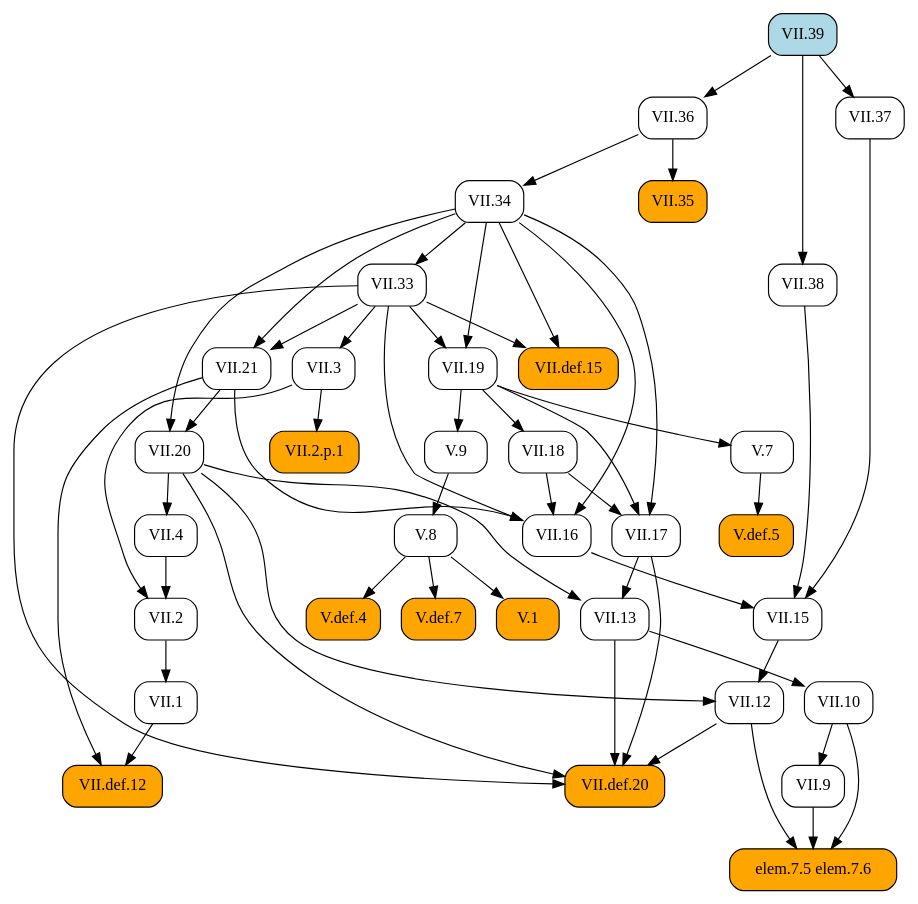
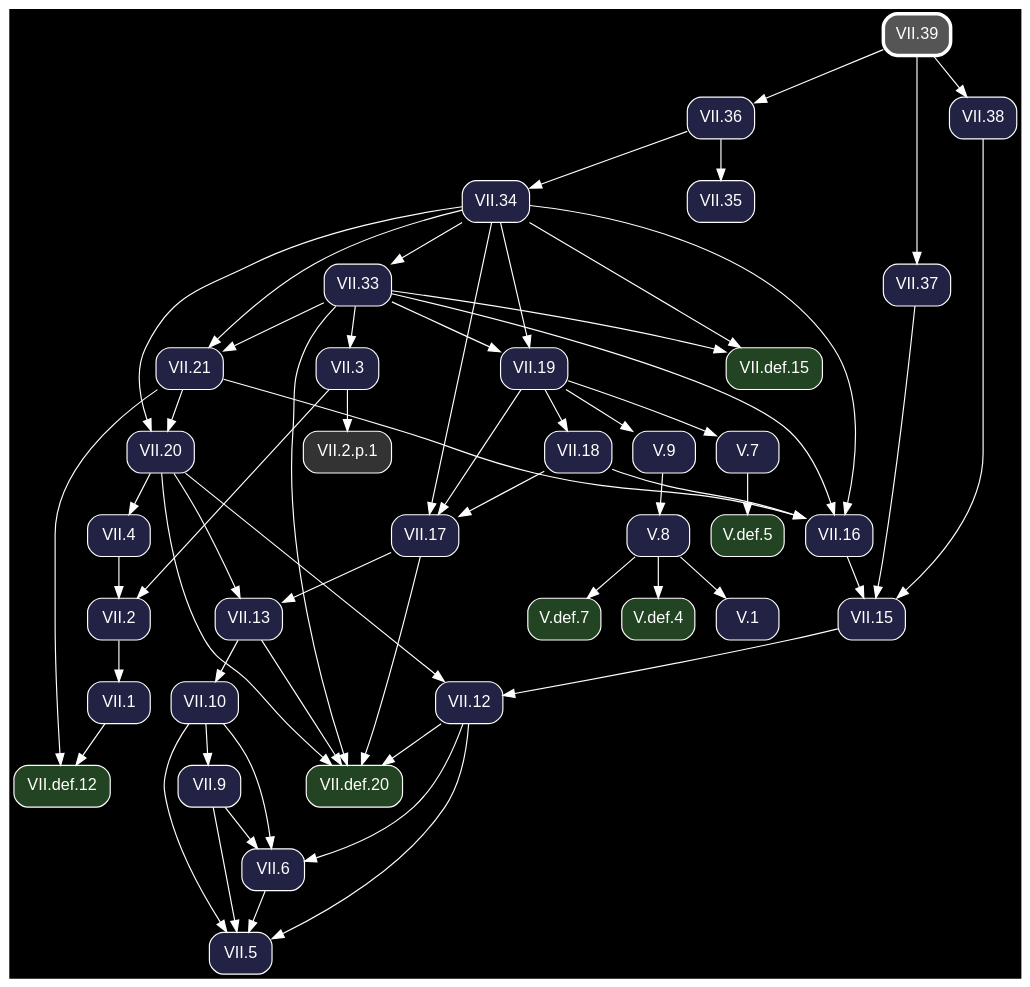
The diagram in docsrc/heath/VII/39/index.rst (geometor/elements), drawn with Graphviz before and after one commit. The commit also changed other lines of this file and 1200 other files, not shown here.

Commit message:
update dependency graphs

```diff
--- a/docsrc/heath/VII/39/index.rst
+++ b/docsrc/heath/VII/39/index.rst
@@ -44,69 +44,48 @@
 .. graphviz::
 
    digraph {
+     bgcolor="black";
+     node [shape=box, style="rounded,filled", fontname="Helvetica", color="white", fontcolor="white"];
+     edge [color="white", fontcolor="white"];
      rankdir="TB";
-     node [shape=box, style=rounded];
-     "VII.33" [URL="/heath/VII/33/", target="_top"];
-     "VII.12" [URL="/heath/VII/12/", target="_top"];
-     "elem.7.5 elem.7.6" [style="rounded,filled", fillcolor=orange];
-     "VII.9" [URL="/heath/VII/9/", target="_top"];
-     "VII.34" [URL="/heath/VII/34/", target="_top"];
-     "VII.18" [URL="/heath/VII/18/", target="_top"];
-     "VII.16" [URL="/heath/VII/16/", target="_top"];
-     "V.7" [URL="/heath/V/7/", target="_top"];
-     "VII.39" [style="rounded,filled", fillcolor=lightblue, URL="/heath/VII/39/", target="_top"];
-     "V.def.5" [style="rounded,filled", fillcolor=orange, URL="/heath/V/def.5/", target="_top"];
-     "V.9" [URL="/heath/V/9/", target="_top"];
-     "VII.10" [URL="/heath/VII/10/", target="_top"];
-     "VII.13" [URL="/heath/VII/13/", target="_top"];
-     "VII.def.15" [style="rounded,filled", fillcolor=orange, URL="/heath/VII/def.15/", target="_top"];
-     "VII.35" [style="rounded,filled", fillcolor=orange, URL="/heath/VII/35/", target="_top"];
-     "VII.17" [URL="/heath/VII/17/", target="_top"];
-     "VII.19" [URL="/heath/VII/19/", target="_top"];
-     "VII.2" [URL="/heath/VII/2/", target="_top"];
-     "VII.def.20" [style="rounded,filled", fillcolor=orange, URL="/heath/VII/def.20/", target="_top"];
-     "VII.2.p.1" [style="rounded,filled", fillcolor=orange];
-     "VII.15" [URL="/heath/VII/15/", target="_top"];
-     "V.def.4" [style="rounded,filled", fillcolor=orange, URL="/heath/V/def.4/", target="_top"];
-     "V.def.7" [style="rounded,filled", fillcolor=orange, URL="/heath/V/def.7/", target="_top"];
-     "VII.36" [URL="/heath/VII/36/", target="_top"];
-     "VII.21" [URL="/heath/VII/21/", target="_top"];
-     "VII.1" [URL="/heath/VII/1/", target="_top"];
-     "V.8" [URL="/heath/V/8/", target="_top"];
-     "VII.38" [URL="/heath/VII/38/", target="_top"];
-     "VII.4" [URL="/heath/VII/4/", target="_top"];
-     "VII.def.12" [style="rounded,filled", fillcolor=orange, URL="/heath/VII/def.12/", target="_top"];
-     "V.1" [style="rounded,filled", fillcolor=orange, URL="/heath/V/1/", target="_top"];
-     "VII.37" [URL="/heath/VII/37/", target="_top"];
-     "VII.3" [URL="/heath/VII/3/", target="_top"];
-     "VII.20" [URL="/heath/VII/20/", target="_top"];
+     "VII.33" [fillcolor="#222244", URL="/heath/VII/33/", target="_top"];
+     "V.def.5" [fillcolor="#224422", URL="/heath/V/def.5/", target="_top"];
+     "VII.18" [fillcolor="#222244", URL="/heath/VII/18/", target="_top"];
+     "VII.2" [fillcolor="#222244", URL="/heath/VII/2/", target="_top"];
+     "VII.def.20" [fillcolor="#224422", URL="/heath/VII/def.20/", target="_top"];
+     "VII.1" [fillcolor="#222244", URL="/heath/VII/1/", target="_top"];
+     "VII.13" [fillcolor="#222244", URL="/heath/VII/13/", target="_top"];
+     "VII.36" [fillcolor="#222244", URL="/heath/VII/36/", target="_top"];
+     "VII.4" [fillcolor="#222244", URL="/heath/VII/4/", target="_top"];
+     "VII.37" [fillcolor="#222244", URL="/heath/VII/37/", target="_top"];
+     "VII.21" [fillcolor="#222244", URL="/heath/VII/21/", target="_top"];
+     "VII.9" [fillcolor="#222244", URL="/heath/VII/9/", target="_top"];
+     "V.7" [fillcolor="#222244", URL="/heath/V/7/", target="_top"];
+     "VII.12" [fillcolor="#222244", URL="/heath/VII/12/", target="_top"];
+     "V.9" [fillcolor="#222244", URL="/heath/V/9/", target="_top"];
+     "VII.17" [fillcolor="#222244", URL="/heath/VII/17/", target="_top"];
+     "V.def.7" [fillcolor="#224422", URL="/heath/V/def.7/", target="_top"];
+     "VII.20" [fillcolor="#222244", URL="/heath/VII/20/", target="_top"];
+     "V.def.4" [fillcolor="#224422", URL="/heath/V/def.4/", target="_top"];
+     "VII.39" [penwidth=3, color="white", fillcolor="#555555", URL="/heath/VII/39/", target="_top"];
+     "VII.5" [fillcolor="#222244", URL="/heath/VII/5/", target="_top"];
+     "VII.34" [fillcolor="#222244", URL="/heath/VII/34/", target="_top"];
+     "VII.def.15" [fillcolor="#224422", URL="/heath/VII/def.15/", target="_top"];
+     "VII.2.p.1" [fillcolor="#333333"];
+     "VII.6" [fillcolor="#222244", URL="/heath/VII/6/", target="_top"];
+     "VII.16" [fillcolor="#222244", URL="/heath/VII/16/", target="_top"];
+     "VII.15" [fillcolor="#222244", URL="/heath/VII/15/", target="_top"];
+     "V.1" [fillcolor="#222244", URL="/heath/V/1/", target="_top"];
+     "VII.10" [fillcolor="#222244", URL="/heath/VII/10/", target="_top"];
+     "VII.def.12" [fillcolor="#224422", URL="/heath/VII/def.12/", target="_top"];
+     "VII.19" [fillcolor="#222244", URL="/heath/VII/19/", target="_top"];
+     "V.8" [fillcolor="#222244", URL="/heath/V/8/", target="_top"];
+     "VII.3" [fillcolor="#222244", URL="/heath/VII/3/", target="_top"];
+     "VII.38" [fillcolor="#222244", URL="/heath/VII/38/", target="_top"];
+     "VII.35" [fillcolor="#222244", URL="/heath/VII/35/", target="_top"];
      "VII.34" -> "VII.33";
-     "VII.15" -> "VII.12";
-     "VII.20" -> "VII.12";
-     "VII.9" -> "elem.7.5 elem.7.6";
-     "VII.10" -> "elem.7.5 elem.7.6";
-     "VII.12" -> "elem.7.5 elem.7.6";
-     "VII.10" -> "VII.9";
-     "VII.36" -> "VII.34";
+     "V.7" -> "V.def.5";
      "VII.19" -> "VII.18";
-     "VII.18" -> "VII.16";
-     "VII.21" -> "VII.16";
-     "VII.33" -> "VII.16";
-     "VII.34" -> "VII.16";
-     "VII.19" -> "V.7";
-     "V.7" -> "V.def.5";
-     "VII.19" -> "V.9";
-     "VII.13" -> "VII.10";
-     "VII.17" -> "VII.13";
-     "VII.20" -> "VII.13";
-     "VII.33" -> "VII.def.15";
-     "VII.34" -> "VII.def.15";
-     "VII.36" -> "VII.35";
-     "VII.18" -> "VII.17";
-     "VII.19" -> "VII.17";
-     "VII.34" -> "VII.17";
-     "VII.33" -> "VII.19";
-     "VII.34" -> "VII.19";
      "VII.3" -> "VII.2";
      "VII.4" -> "VII.2";
      "VII.12" -> "VII.def.20";
@@ -114,24 +93,52 @@
      "VII.17" -> "VII.def.20";
      "VII.20" -> "VII.def.20";
      "VII.33" -> "VII.def.20";
+     "VII.2" -> "VII.1";
+     "VII.17" -> "VII.13";
+     "VII.20" -> "VII.13";
+     "VII.39" -> "VII.36";
+     "VII.20" -> "VII.4";
+     "VII.39" -> "VII.37";
+     "VII.33" -> "VII.21";
+     "VII.34" -> "VII.21";
+     "VII.10" -> "VII.9";
+     "VII.19" -> "V.7";
+     "VII.15" -> "VII.12";
+     "VII.20" -> "VII.12";
+     "VII.19" -> "V.9";
+     "VII.18" -> "VII.17";
+     "VII.19" -> "VII.17";
+     "VII.34" -> "VII.17";
+     "V.8" -> "V.def.7";
+     "VII.21" -> "VII.20";
+     "VII.34" -> "VII.20";
+     "V.8" -> "V.def.4";
+     "VII.6" -> "VII.5";
+     "VII.9" -> "VII.5";
+     "VII.10" -> "VII.5";
+     "VII.12" -> "VII.5";
+     "VII.36" -> "VII.34";
+     "VII.33" -> "VII.def.15";
+     "VII.34" -> "VII.def.15";
      "VII.3" -> "VII.2.p.1";
+     "VII.9" -> "VII.6";
+     "VII.10" -> "VII.6";
+     "VII.12" -> "VII.6";
+     "VII.18" -> "VII.16";
+     "VII.21" -> "VII.16";
+     "VII.33" -> "VII.16";
+     "VII.34" -> "VII.16";
      "VII.16" -> "VII.15";
      "VII.37" -> "VII.15";
      "VII.38" -> "VII.15";
-     "V.8" -> "V.def.4";
-     "V.8" -> "V.def.7";
-     "VII.39" -> "VII.36";
-     "VII.33" -> "VII.21";
-     "VII.34" -> "VII.21";
-     "VII.2" -> "VII.1";
-     "V.9" -> "V.8";
-     "VII.39" -> "VII.38";
-     "VII.20" -> "VII.4";
+     "V.8" -> "V.1";
+     "VII.13" -> "VII.10";
      "VII.1" -> "VII.def.12";
      "VII.21" -> "VII.def.12";
-     "V.8" -> "V.1";
-     "VII.39" -> "VII.37";
+     "VII.33" -> "VII.19";
+     "VII.34" -> "VII.19";
+     "V.9" -> "V.8";
      "VII.33" -> "VII.3";
-     "VII.21" -> "VII.20";
-     "VII.34" -> "VII.20";
+     "VII.39" -> "VII.38";
+     "VII.36" -> "VII.35";
    }
```
